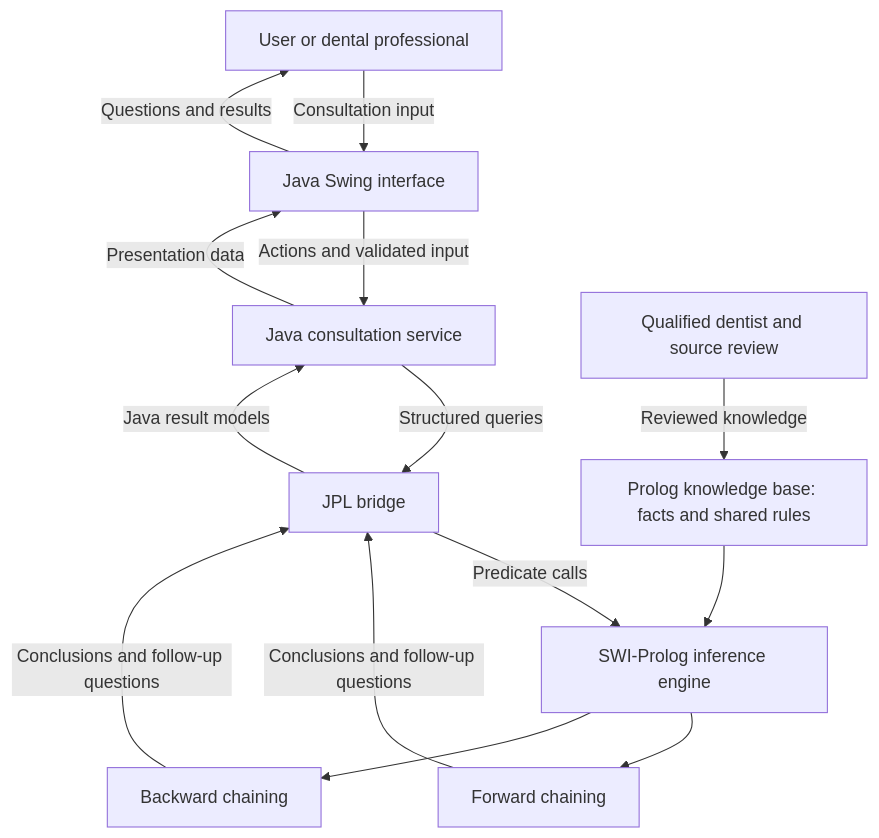
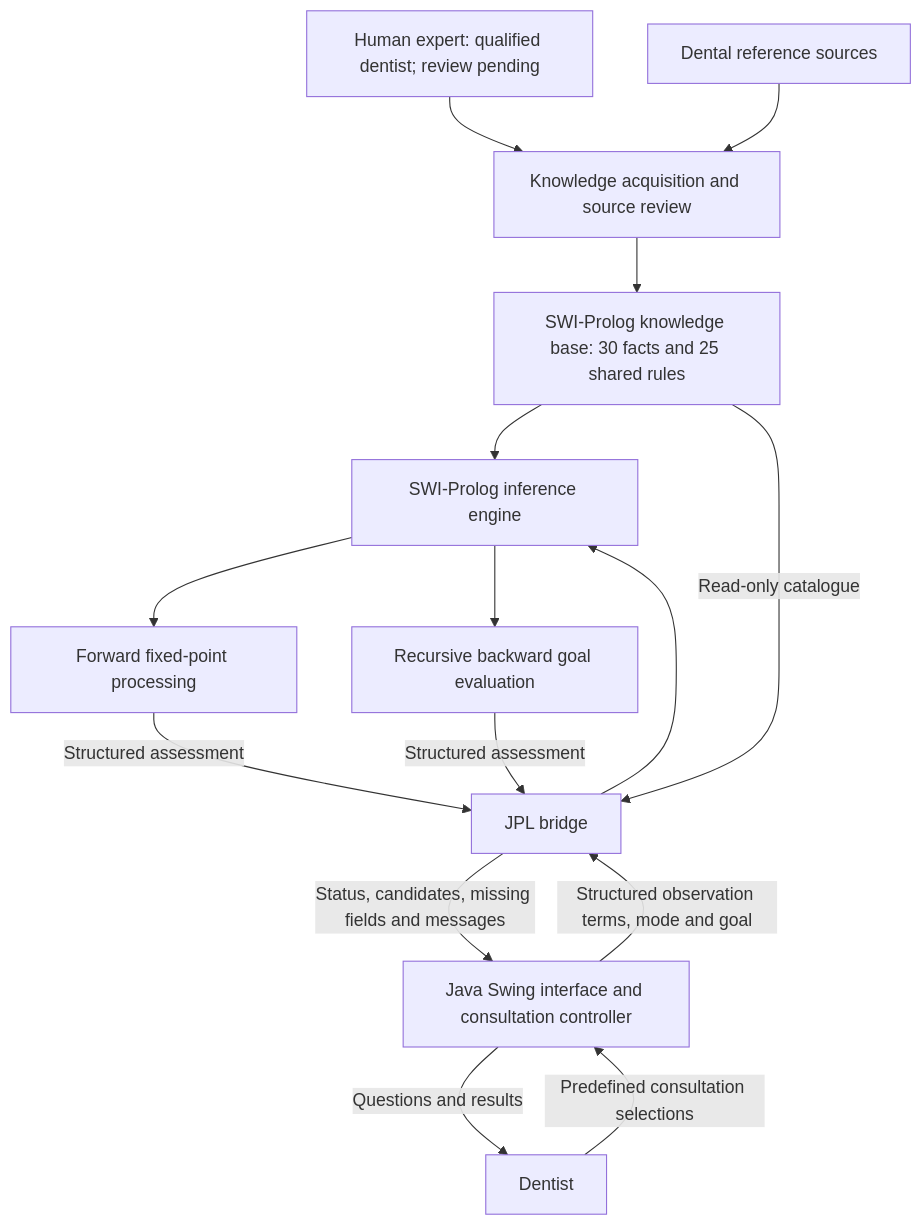
Before and after one commit to vishwajayawickrama/dental-expert-system: the diagram in docs/architecture.md, drawn with Mermaid. The commit also changed other lines of this file and 20 other files, not shown here.

Commit message:
Build DentalExplain desktop expert system

````diff
--- a/docs/architecture.md
+++ b/docs/architecture.md
@@ -27,16 +25,17 @@
 ```mermaid
 flowchart TD
-    User["User or dental professional"] -->|"Consultation input"| UI["Java Swing interface"]
-    UI -->|"Actions and validated input"| Service["Java consultation service"]
-    Service -->|"Structured queries"| Bridge["JPL bridge"]
-    Bridge -->|"Predicate calls"| Engine["SWI-Prolog inference engine"]
-    KB["Prolog knowledge base: facts and shared rules"] --> Engine
-    Engine --> Forward["Forward chaining"]
-    Engine --> Backward["Backward chaining"]
-    Forward -->|"Conclusions and follow-up questions"| Bridge
-    Backward -->|"Conclusions and follow-up questions"| Bridge
-    Bridge -->|"Java result models"| Service
-    Service -->|"Presentation data"| UI
-    UI -->|"Questions and results"| User
-    Expert["Qualified dentist and source review"] -->|"Reviewed knowledge"| KB
+    Expert["Human expert: qualified dentist; review pending"] --> Acquisition["Knowledge acquisition and source review"]
+    Sources["Dental reference sources"] --> Acquisition
+    Acquisition --> KB["SWI-Prolog knowledge base: 30 facts and 25 shared rules"]
+    Dentist["Dentist"] -->|"Predefined consultation selections"| UI["Java Swing interface and consultation controller"]
+    UI -->|"Structured observation terms, mode and goal"| JPL["JPL bridge"]
+    JPL --> Engine["SWI-Prolog inference engine"]
+    KB --> Engine
+    Engine --> Forward["Forward fixed-point processing"]
+    Engine --> Backward["Recursive backward goal evaluation"]
+    Forward -->|"Structured assessment"| JPL
+    Backward -->|"Structured assessment"| JPL
+    JPL -->|"Status, candidates, missing fields and messages"| UI
+    UI -->|"Questions and results"| Dentist
+    KB -->|"Read-only catalogue"| JPL
 ```
````
